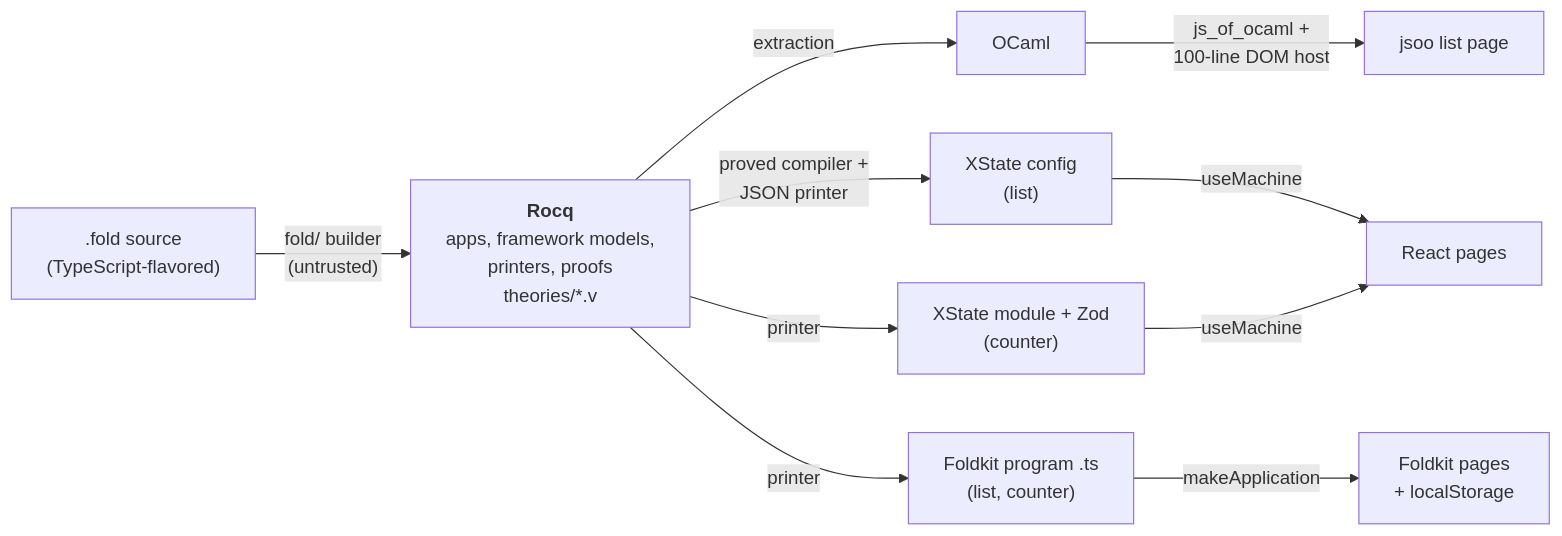
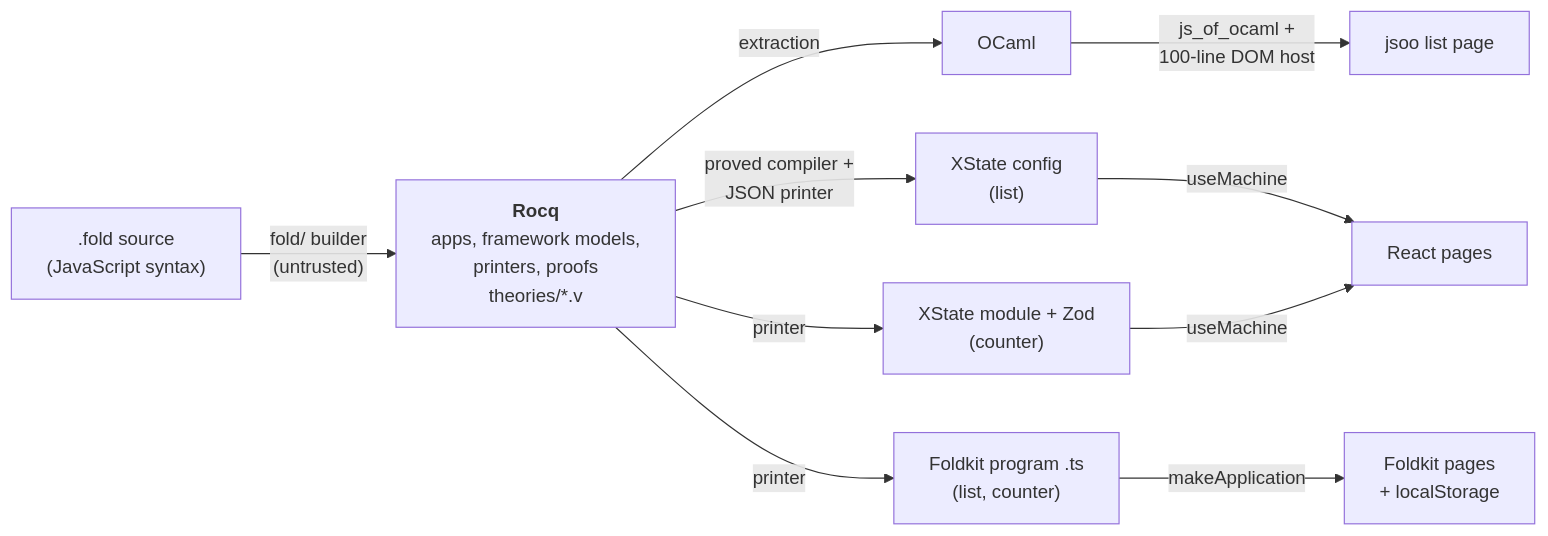
Before and after one commit to rickono/verified-list-ui: the diagram in README.md, drawn with Mermaid. The commit also changed other lines of this file and 17 other files, not shown here.

Commit message:
Use JavaScript syntax for .fold sources

````diff
--- a/README.md
+++ b/README.md
@@ -18,13 +18,13 @@
 ```mermaid
 flowchart LR
   spec["<b>Rocq</b><br/>apps, framework models,<br/>printers, proofs<br/>theories/*.v"]
   spec -- "extraction" --> ml["OCaml"]
   ml -- "js_of_ocaml +<br/>100-line DOM host" --> jsoo["jsoo list page"]
   spec -- "proved compiler +<br/>JSON printer" --> xs["XState config<br/>(list)"]
   spec -- "printer" --> xc["XState module + Zod<br/>(counter)"]
   xs -- "useMachine" --> react["React pages"]
   xc -- "useMachine" --> react
   spec -- "printer" --> fk["Foldkit program .ts<br/>(list, counter)"]
   fk -- "makeApplication" --> fkweb["Foldkit pages<br/>+ localStorage"]
-  fold[".fold source<br/>(TypeScript-flavored)"] -- "fold/ builder<br/>(untrusted)" --> spec
+  fold[".fold source<br/>(JavaScript syntax)"] -- "fold/ builder<br/>(untrusted)" --> spec
 ```
````
